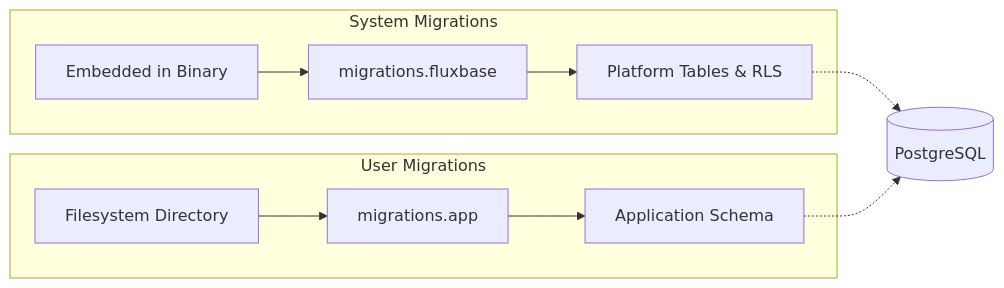
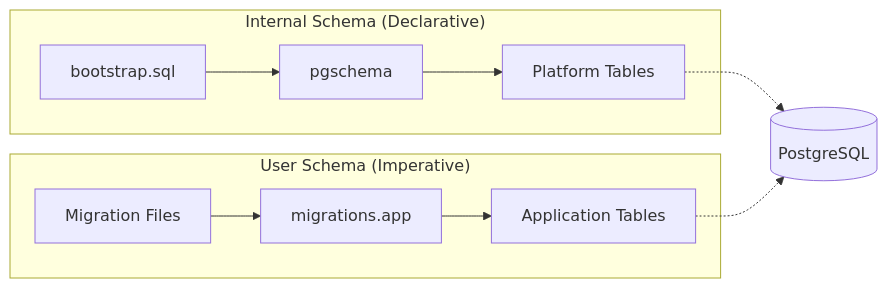
The diagram in docs/src/content/docs/guides/database-migrations.md (fluxbase-eu/fluxbase), drawn with Mermaid before and after one commit. The commit also changed other lines of this file and 274 other files, not shown here.

````diff
--- a/docs/src/content/docs/guides/database-migrations.md
+++ b/docs/src/content/docs/guides/database-migrations.md
@@ -24,15 +15,15 @@
 ```mermaid
 graph LR
-    subgraph "System Migrations"
-        S1[Embedded in Binary] --> S2[migrations.fluxbase]
-        S2 --> S3[Platform Tables & RLS]
+    subgraph "Internal Schema (Declarative)"
+        B1[bootstrap.sql] --> B2[pgschema]
+        B2 --> B3[Platform Tables]
     end
 
-    subgraph "User Migrations"
-        U1[Filesystem Directory] --> U2[migrations.app]
-        U2 --> U3[Application Schema]
+    subgraph "User Schema (Imperative)"
+        U1[Migration Files] --> U2[migrations.app]
+        U2 --> U3[Application Tables]
     end
 
-    S3 -.-> DB[(PostgreSQL)]
+    B3 -.-> DB[(PostgreSQL)]
     U3 -.-> DB
 ```
````
